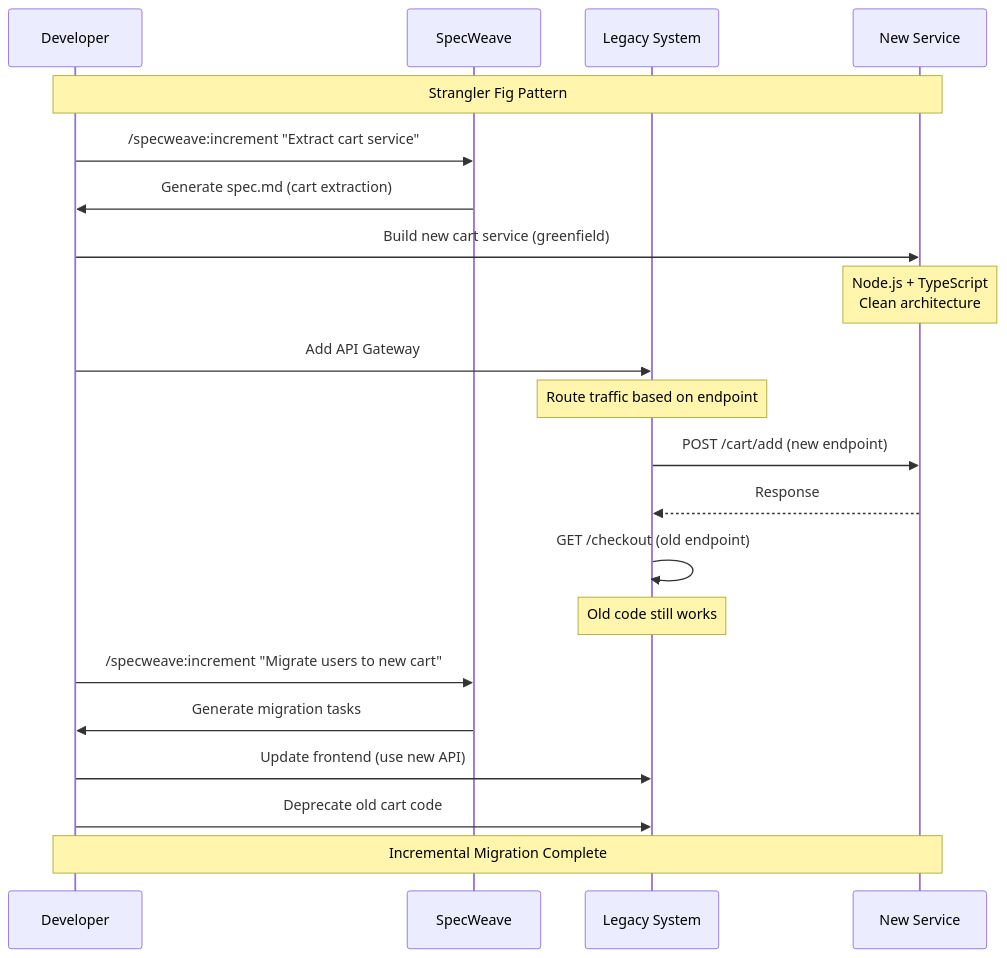
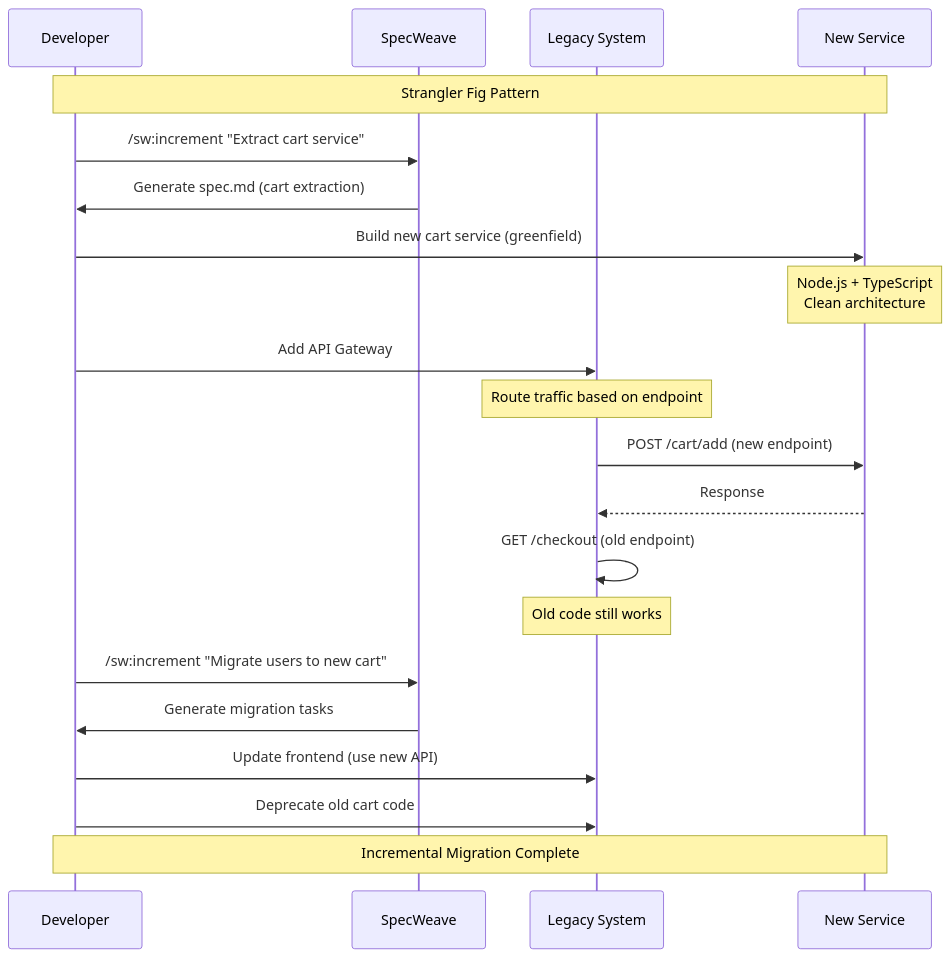
One commit to anton-abyzov/specweave-umb changed the third of 4 diagrams in .specweave/docs/public/glossary/terms/brownfield.md. Above: the diagram before and after it, drawn with Mermaid. The commit also changed other lines of this file and 110 other files, not shown here.

Commit message:
sync umbrella after specweave 1.0.349, add increment 0395-init-location-guard-rails

````diff
--- a/.specweave/docs/public/glossary/terms/brownfield.md
+++ b/.specweave/docs/public/glossary/terms/brownfield.md
@@ -508,32 +508,32 @@
 ```mermaid
 sequenceDiagram
     participant Dev as Developer
     participant SW as SpecWeave
     participant Legacy as Legacy System
     participant New as New Service
 
     Note over Dev,New: Strangler Fig Pattern
 
-    Dev->>SW: /specweave:increment "Extract cart service"
+    Dev->>SW: /sw:increment "Extract cart service"
     SW->>Dev: Generate spec.md (cart extraction)
 
     Dev->>New: Build new cart service (greenfield)
     Note over New: Node.js + TypeScript<br/>Clean architecture
 
     Dev->>Legacy: Add API Gateway
     Note over Legacy: Route traffic based on endpoint
 
     Legacy->>New: POST /cart/add (new endpoint)
     New-->>Legacy: Response
 
     Legacy->>Legacy: GET /checkout (old endpoint)
     Note over Legacy: Old code still works
 
-    Dev->>SW: /specweave:increment "Migrate users to new cart"
+    Dev->>SW: /sw:increment "Migrate users to new cart"
     SW->>Dev: Generate migration tasks
 
     Dev->>Legacy: Update frontend (use new API)
     Dev->>Legacy: Deprecate old cart code
 
     Note over Dev,New: Incremental Migration Complete
 ```
````
